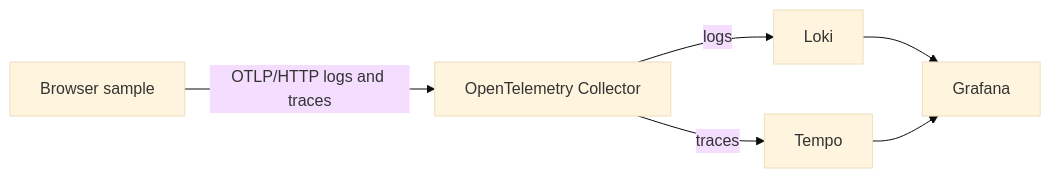
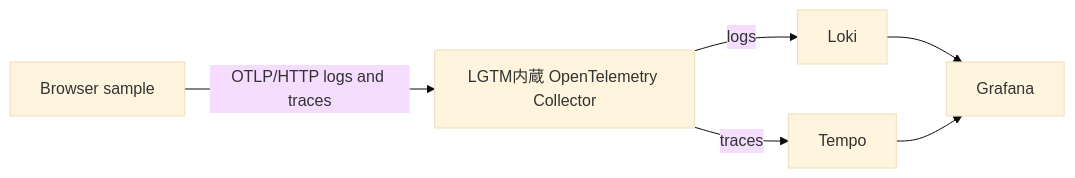
One commit to nissy-dev/sandbox changed the diagram in otel-browser-sample/README.md. Above: the diagram before and after it, drawn with Mermaid (base theme). The commit also changed other lines of this file and 2 other files, not shown here.

Commit message:
feat: update README and configuration for integrated OpenTelemetry Collector in LGTM

````diff
--- a/otel-browser-sample/README.md
+++ b/otel-browser-sample/README.md
@@ -7,8 +7,8 @@
 ```mermaid
 flowchart LR
-	Browser[Browser sample] -->|OTLP/HTTP logs and traces| Collector[OpenTelemetry Collector]
-	Collector -->|logs| Loki
-	Collector -->|traces| Tempo
+  Browser[Browser sample] -->|OTLP/HTTP logs and traces| Collector[LGTM内蔵 OpenTelemetry Collector]
+  Collector -->|logs| Loki
+  Collector -->|traces| Tempo
 	Loki --> Grafana
 	Tempo --> Grafana
 ```
````
